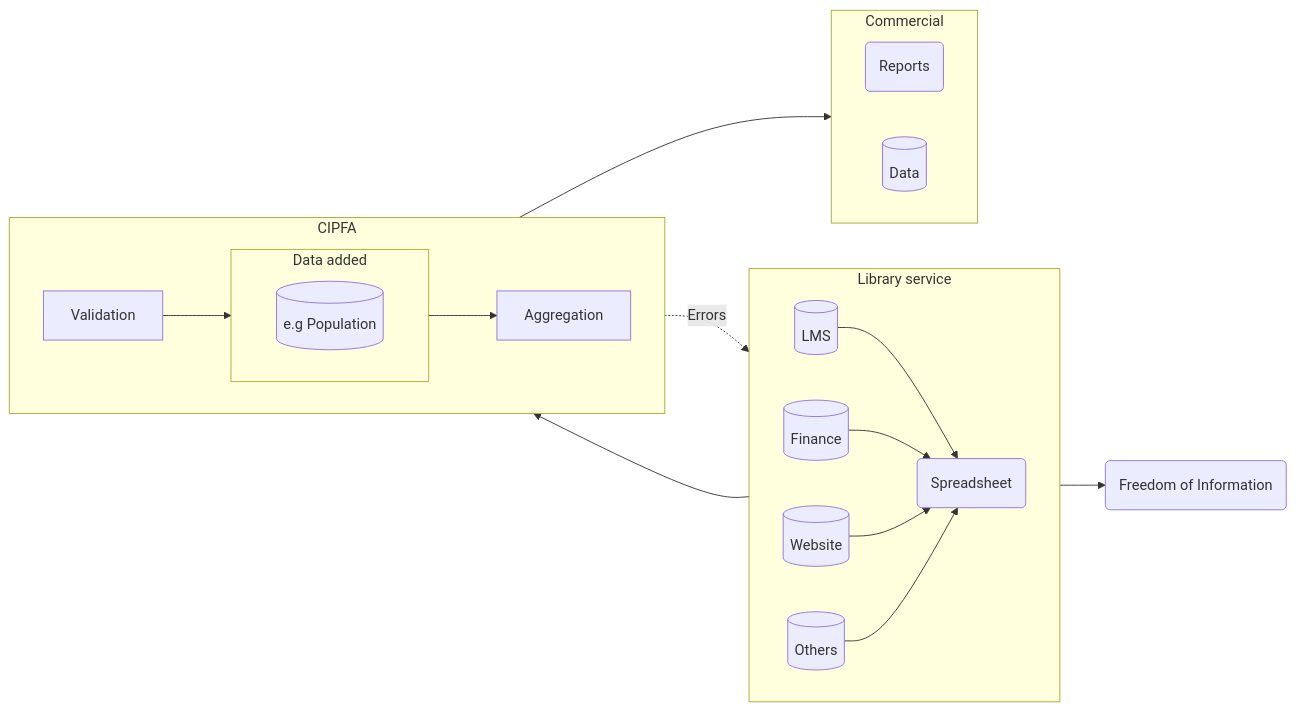
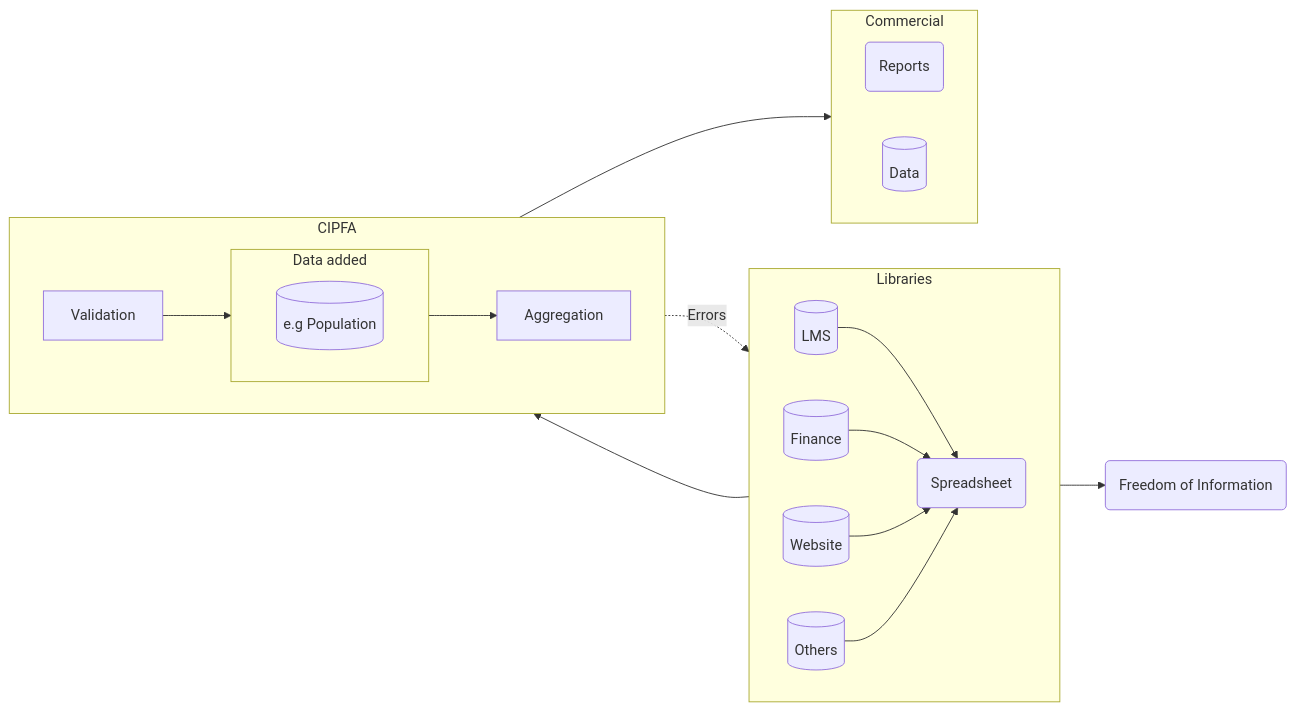
Before and after one commit to LibrariesHacked/librarieshacked.github.io: the diagram in _posts/2021-10-25-freedom-of-information.md, drawn with Mermaid.

```diff
--- a/_posts/2021-10-25-freedom-of-information.md
+++ b/_posts/2021-10-25-freedom-of-information.md
@@ -25,36 +25,36 @@
 <div class="mermaid">
     flowchart LR
         foi(Freedom of Information)
-        subgraph Library service
+        subgraph Libraries
             direction LR
             lblms[(LMS)]
             lbf[(Finance)]
             lbw[(Website)]
             lbo[(Others)]
             lb1(Spreadsheet)
         end
         subgraph CIPFA
             direction LR
             id2[Validation]
             subgraph id3 [Data added]
                 direction LR
                 ad1[(e.g Population)]
             end
             id4[Aggregation]
         end
         subgraph cs [Commercial]
             direction LR
             srp(Reports)
             data[(Data)]
         end
         lblms --> lb1
         lbf --> lb1
         lbw --> lb1
         lbo --> lb1
         lb1 --> id2
         id2 -. Errors .-> lb1
         id2 --> id3
         id3 --> id4
         id4 --> cs
         lb1 --> foi
 </div>
```
